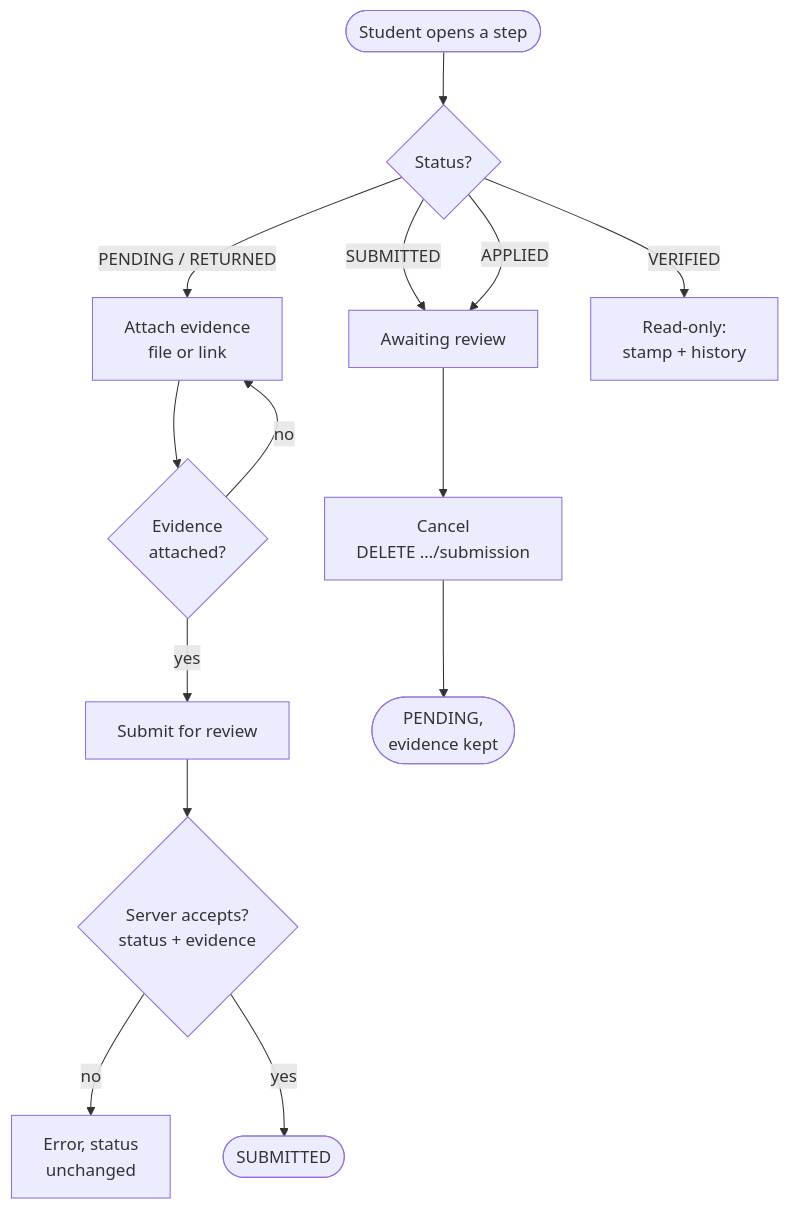
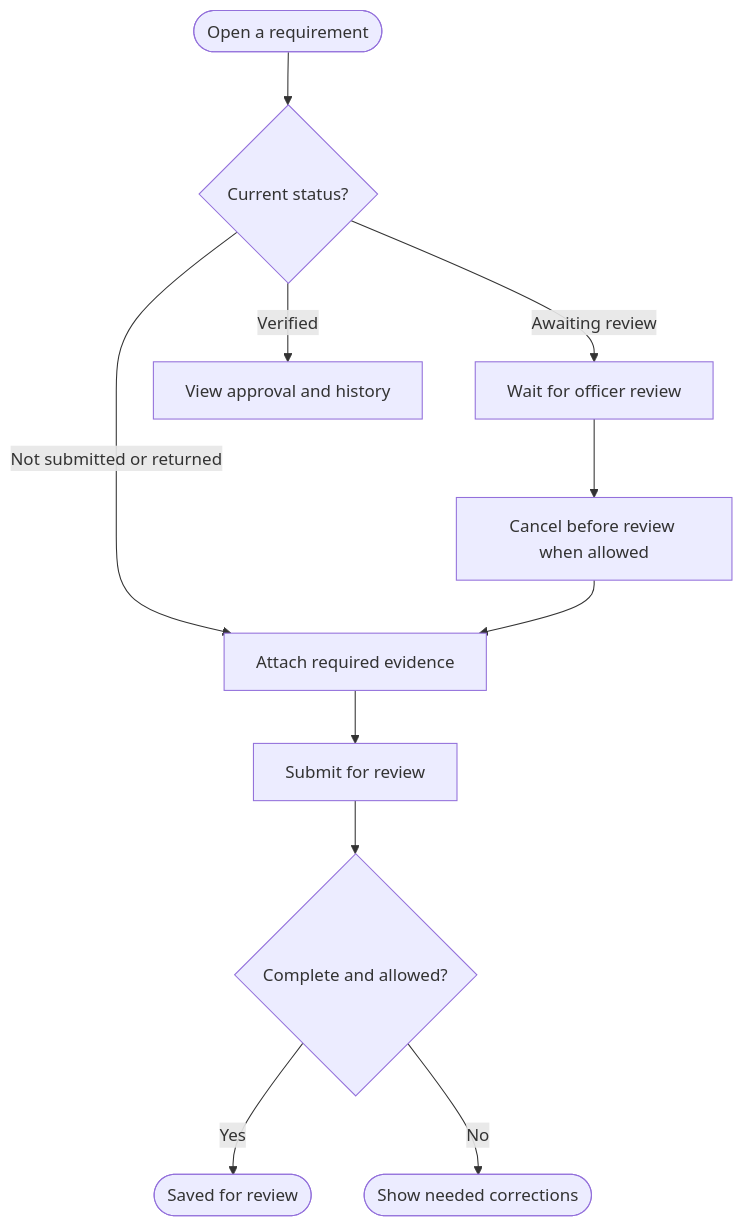
Before and after one commit to Drakaniia/erpsys: the first of 9 diagrams in docs/paper/FINAL_PAPER.md, drawn with Mermaid. The commit also changed other lines of this file and 41 other files, not shown here.

````diff
--- a/docs/paper/FINAL_PAPER.md
+++ b/docs/paper/FINAL_PAPER.md
@@ -688,16 +544,13 @@
 ```mermaid
 flowchart TD
-  S(["Student opens a step"]) --> C{"Status?"}
-  C -->|"PENDING / RETURNED"| U["Attach evidence<br/>file or link"]
-  C -->|"SUBMITTED"| W["Awaiting review"]
-  C -->|"VERIFIED"| V["Read-only:<br/>stamp + history"]
-  C -->|"APPLIED"| W
-  U --> R{"Evidence<br/>attached?"}
-  R -->|"no"| U
-  R -->|"yes"| SUB["Submit for review"]
-  SUB --> CHK{"Server accepts?<br/>status + evidence"}
-  CHK -->|"no"| ERR["Error, status<br/>unchanged"]
-  CHK -->|"yes"| DONE(["SUBMITTED"])
-  W --> CAN["Cancel<br/>DELETE …/submission"]
-  CAN --> BACK(["PENDING,<br/>evidence kept"])
+  START(["Open a requirement"]) --> STATUS{"Current status?"}
+  STATUS -->|"Not submitted or returned"| EVIDENCE["Attach required evidence"]
+  STATUS -->|"Awaiting review"| WAIT["Wait for officer review"]
+  STATUS -->|"Verified"| VIEW["View approval and history"]
+  EVIDENCE --> SUBMIT["Submit for review"]
+  SUBMIT --> CHECK{"Complete and allowed?"}
+  CHECK -->|"Yes"| SAVED(["Saved for review"])
+  CHECK -->|"No"| FIX(["Show needed corrections"])
+  WAIT --> CANCEL["Cancel before review when allowed"]
+  CANCEL --> EVIDENCE
 ```
````
